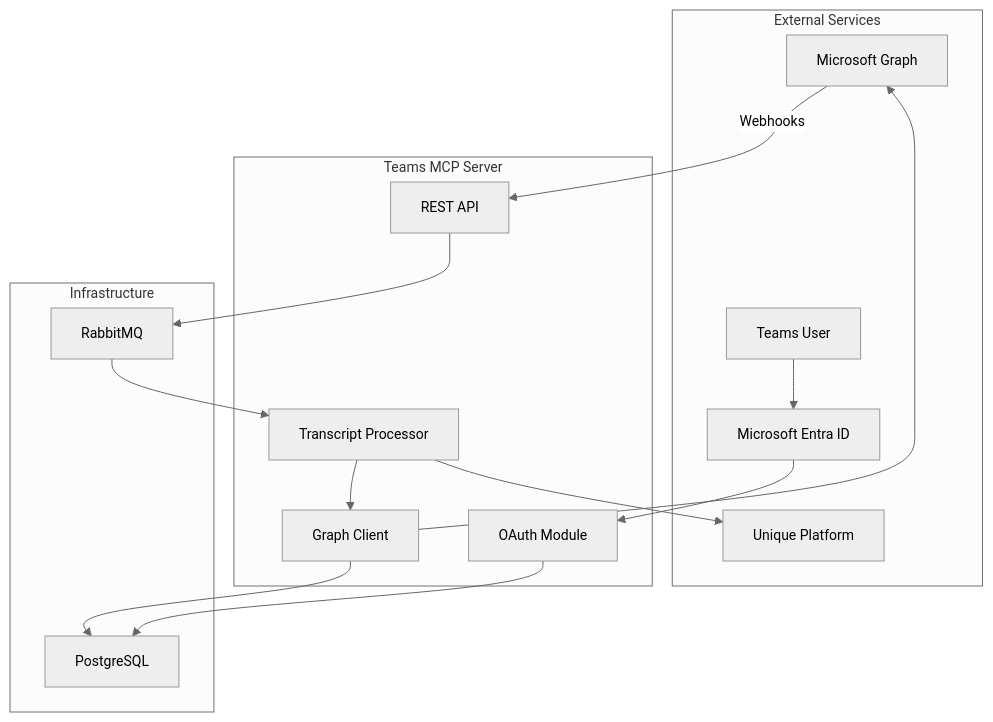
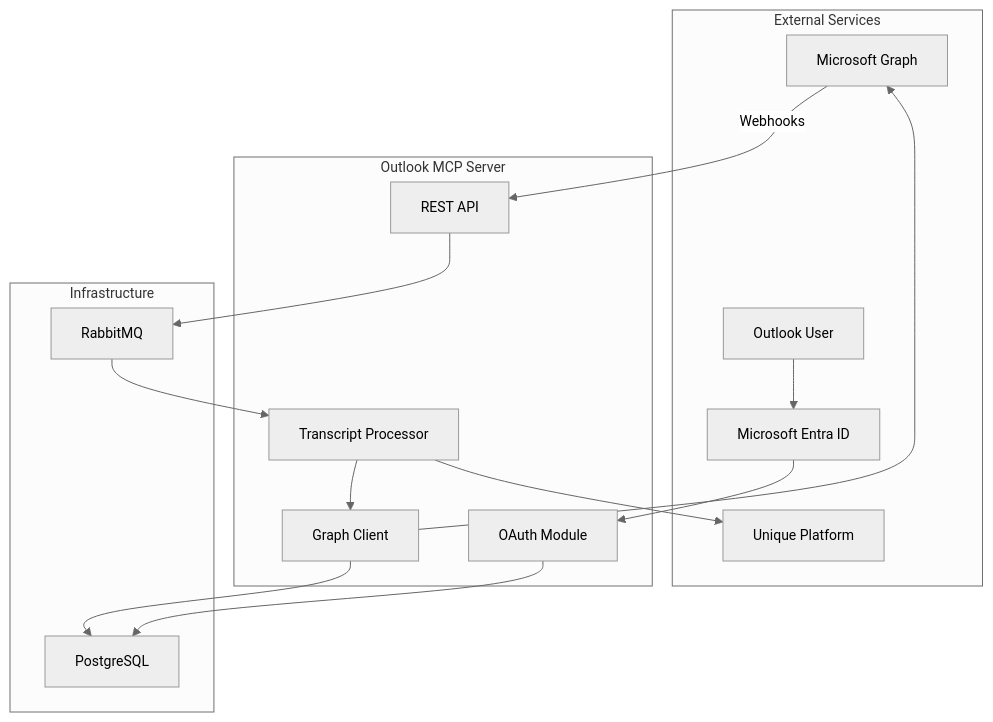
Before and after one commit to Unique-AG/connectors: the first of 4 diagrams in services/outlook-fat-mcp/docs/technical/architecture.md, drawn with Mermaid. The commit also changed other lines of this file and 34 other files, not shown here.

````diff
--- a/services/outlook-fat-mcp/docs/technical/architecture.md
+++ b/services/outlook-fat-mcp/docs/technical/architecture.md
@@ -16,36 +17,36 @@
 ```mermaid
 %%{init: {'theme': 'neutral', 'themeVariables': { 'fontSize': '14px' }}}%%
 flowchart TB
     subgraph External["External Services"]
-        User["Teams User"]
+        User["Outlook User"]
         EntraID["Microsoft Entra ID"]
         MSGraph["Microsoft Graph"]
         Unique["Unique Platform"]
     end
 
-    subgraph TeamsMCP["Teams MCP Server"]
+    subgraph OutlookMCP["Outlook MCP Server"]
         OAuth["OAuth Module"]
         API["REST API"]
         Processor["Transcript Processor"]
         GraphClient["Graph Client"]
     end
 
     subgraph Infrastructure["Infrastructure"]
         Queue["RabbitMQ"]
         DB["PostgreSQL"]
     end
 
     User --> EntraID
     EntraID --> OAuth
     OAuth --> DB
     
     MSGraph -->|"Webhooks"| API
     API --> Queue
     Queue --> Processor
     
     Processor --> GraphClient
     GraphClient --> DB
     GraphClient --> MSGraph
     
     Processor --> Unique
 ```
````
